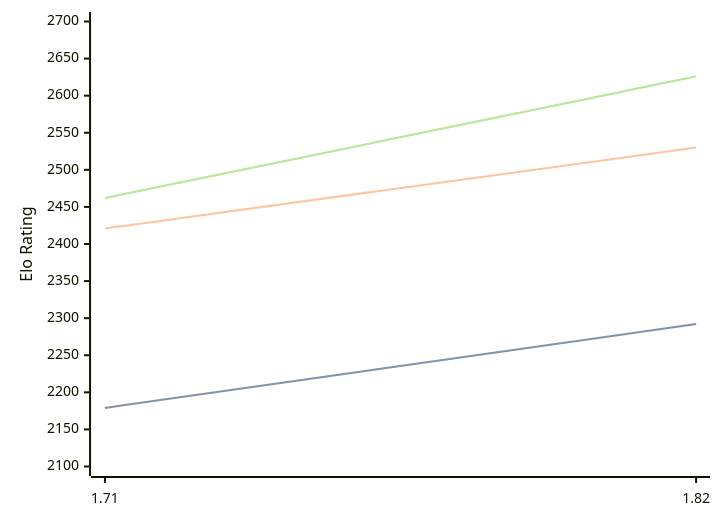
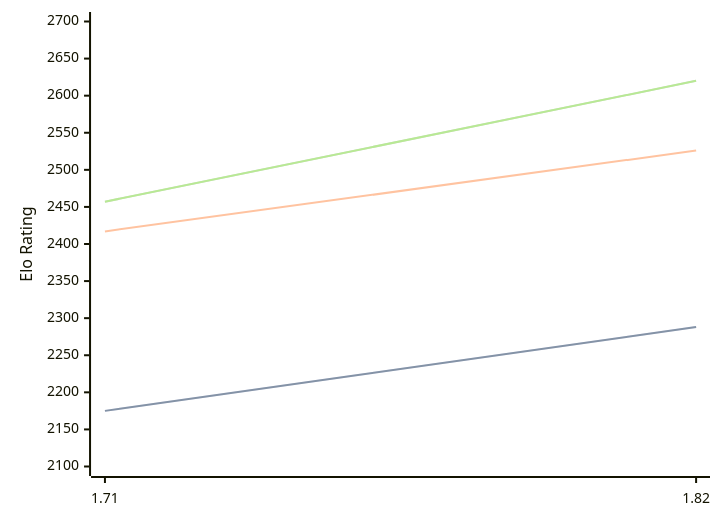
Before and after one commit to computer-chess-index/cci: the third of 3 diagrams in engines/Amira.md, drawn with Mermaid. The commit also changed other lines of this file, not shown here.

Commit message:
Update CCI Ratings (ELO VLTC) - 2026-07-16

````diff
--- a/engines/Amira.md
+++ b/engines/Amira.md
@@ -68,11 +68,11 @@
 ```mermaid
 %%{init: {"theme":"base","themeVariables":{"seriesColors:['#a3a3a3','#222221','#faa371']}}}%%
 xychart-beta
   x-axis ["1.71", "1.82"]
   y-axis "Elo Rating" 2100 --> 2700
-  line "STC (8.0+0.08s)" [2179, 2292]
-  line "STC (8.0+0.08s)" [2179, 2292]
-  line "LTC (60.0+0.60s)" [2421, 2530]
-  line "VLTC (2m24s+1.12s)" [2462, 2626]
-  line "VLTC (2m24s+1.12s)" [2462, 2626]
+  line "STC (8.0+0.08s)" [2175, 2288]
+  line "STC (8.0+0.08s)" [2175, 2288]
+  line "LTC (60.0+0.60s)" [2417, 2526]
+  line "VLTC (2m24s+1.12s)" [2457, 2620]
+  line "VLTC (2m24s+1.12s)" [2457, 2620]
 ```
````
